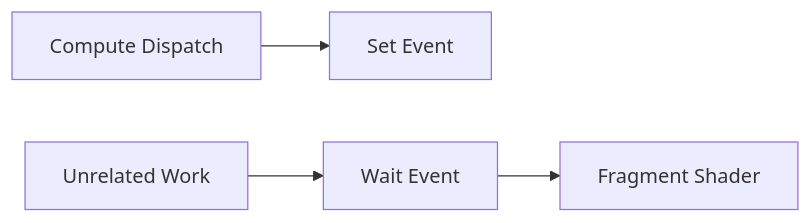
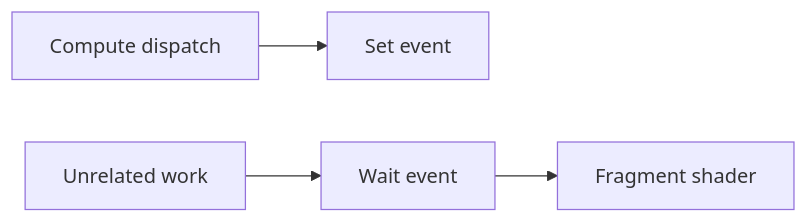
The fifth of 5 diagrams in _posts/Vulkan/2025-04-13-VulkanMemoryBarriers.md (XanderBert/xanderbert.github.io), drawn with Mermaid before and after one commit. The commit also changed other lines of this file and 21 other files, not shown here.

````diff
--- a/_posts/Vulkan/2025-04-13-VulkanMemoryBarriers.md
+++ b/_posts/Vulkan/2025-04-13-VulkanMemoryBarriers.md
@@ -95,5 +147,5 @@
 ```mermaid
-flowchart LR  
-    A[Compute Dispatch] --> B[Set Event]  
-    C[Unrelated Work] --> D[Wait Event] --> E[Fragment Shader]  
+flowchart LR
+    A[Compute dispatch] --> B[Set event]
+    C[Unrelated work] --> D[Wait event] --> E[Fragment shader]
 ```
````
